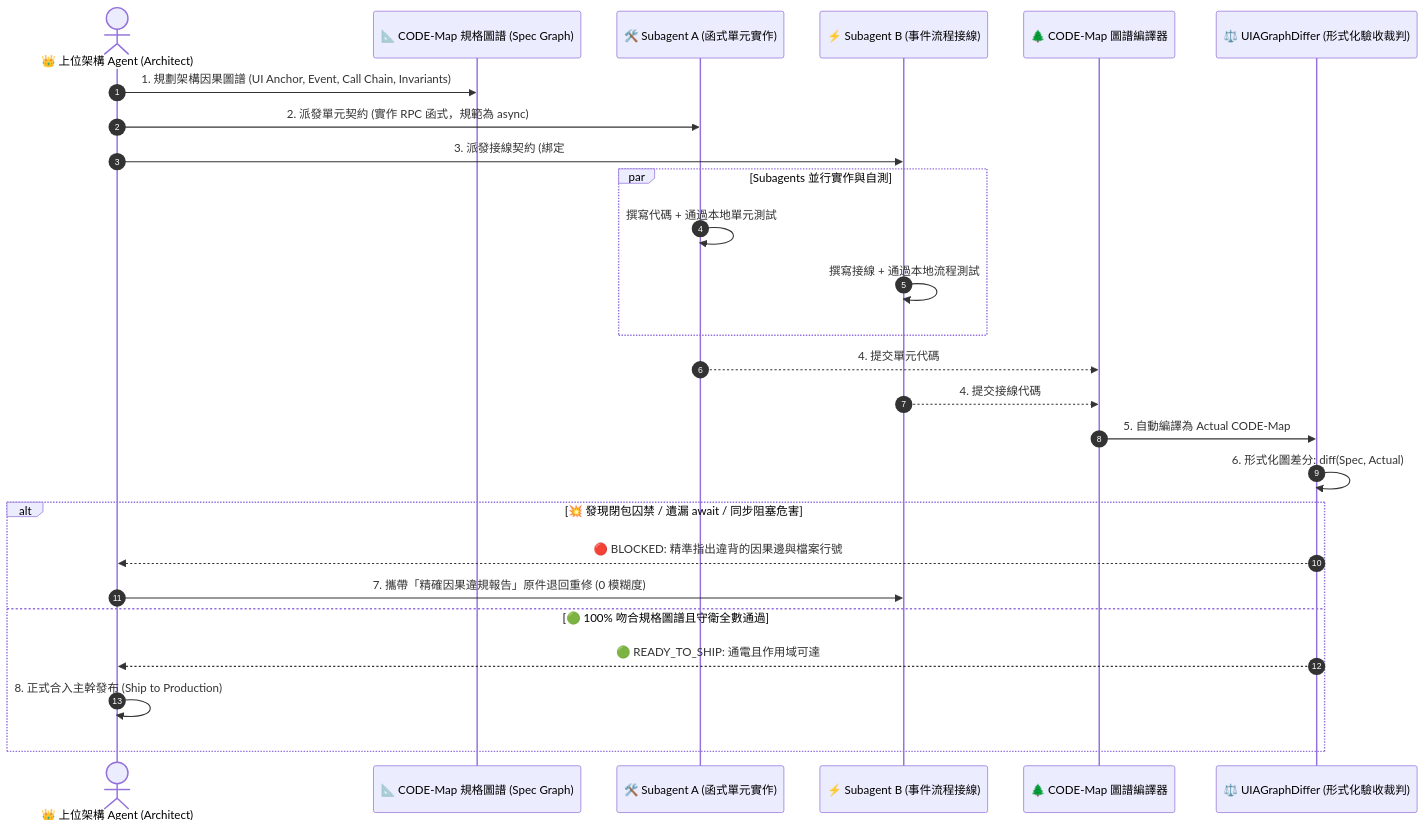
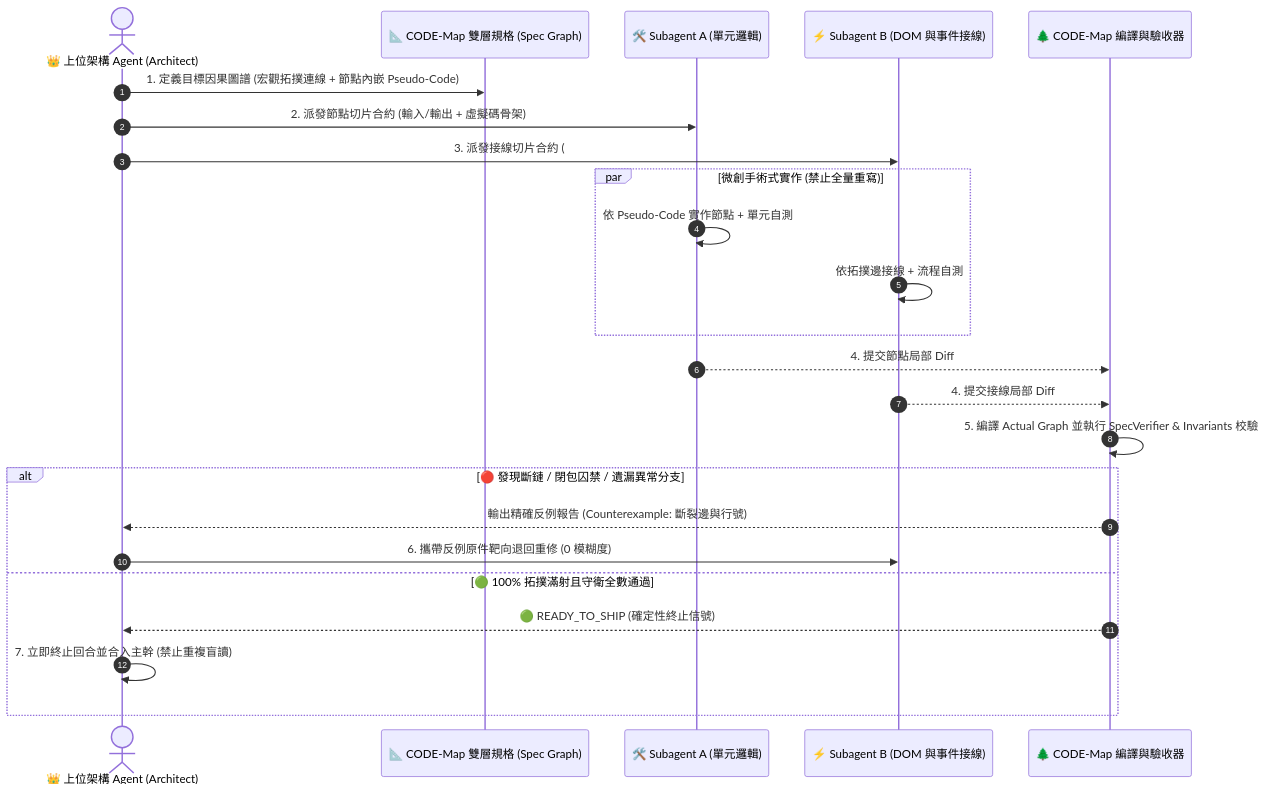
The second of 3 diagrams in README.md (arco651749/CODE-Map), drawn with Mermaid before and after one commit. The commit also changed other lines of this file, not shown here.

Commit message:
docs(readme): restructure README into 6 cohesive chapters, eliminate historical redundancy, and sync full architecture

````diff
--- a/README.md
+++ b/README.md
@@ -61,33 +71,31 @@
 ```mermaid
 sequenceDiagram
     autonumber
     actor Boss as 👑 上位架構 Agent (Architect)
-    participant Spec as 📐 CODE-Map 規格圖譜 (Spec Graph)
-    participant Worker1 as 🛠️ Subagent A (函式單元實作)
-    participant Worker2 as ⚡ Subagent B (事件流程接線)
-    participant Engine as 🌲 CODE-Map 圖譜編譯器
-    participant Differ as ⚖️ UIAGraphDiffer (形式化驗收裁判)
+    participant Spec as 📐 CODE-Map 雙層規格 (Spec Graph)
+    participant Worker1 as 🛠️ Subagent A (單元邏輯)
+    participant Worker2 as ⚡ Subagent B (DOM 與事件接線)
+    participant Engine as 🌲 CODE-Map 編譯與驗收器
 
-    Boss->>Spec: 1. 規劃架構因果圖譜 (UI Anchor, Event, Call Chain, Invariants)
-    Boss->>Worker1: 2. 派發單元契約 (實作 RPC 函式，規範為 async)
-    Boss->>Worker2: 3. 派發接線契約 (綁定 #btnDelete ➔ on('click') ➔ RPC)
+    Boss->>Spec: 1. 定義目標因果圖譜 (宏觀拓撲連線 + 節點內嵌 Pseudo-Code)
+    Boss->>Worker1: 2. 派發節點切片合約 (輸入/輸出 + 虛擬碼骨架)
+    Boss->>Worker2: 3. 派發接線切片合約 (#btn ➔ onClick ➔ Handler)
     
-    par Subagents 並行實作與自測
-        Worker1->>Worker1: 撰寫代碼 + 通過本地單元測試
-        Worker2->>Worker2: 撰寫接線 + 通過本地流程測試
+    par 微創手術式實作 (禁止全量重寫)
+        Worker1->>Worker1: 依 Pseudo-Code 實作節點 + 單元自測
+        Worker2->>Worker2: 依拓撲邊接線 + 流程自測
     end
 
-    Worker1-->>Engine: 4. 提交單元代碼
-    Worker2-->>Engine: 4. 提交接線代碼
+    Worker1-->>Engine: 4. 提交節點局部 Diff
+    Worker2-->>Engine: 4. 提交接線局部 Diff
     
-    Engine->>Differ: 5. 自動編譯為 Actual CODE-Map
-    Differ->>Differ: 6. 形式化圖差分: diff(Spec, Actual)
+    Engine->>Engine: 5. 編譯 Actual Graph 並執行 SpecVerifier & Invariants 校驗
     
-    alt 💥 發現閉包囚禁 / 遺漏 await / 同步阻塞危害
-        Differ-->>Boss: 🔴 BLOCKED: 精準指出違背的因果邊與檔案行號
-        Boss->>Worker2: 7. 攜帶「精確因果違規報告」原件退回重修 (0 模糊度)
-    else 🟢 100% 吻合規格圖譜且守衛全數通過
-        Differ-->>Boss: 🟢 READY_TO_SHIP: 通電且作用域可達
-        Boss->>Boss: 8. 正式合入主幹發布 (Ship to Production)
+    alt 🔴 發現斷鏈 / 閉包囚禁 / 遺漏異常分支
+        Engine-->>Boss: 輸出精確反例報告 (Counterexample: 斷裂邊與行號)
+        Boss->>Worker2: 6. 攜帶反例原件靶向退回重修 (0 模糊度)
+    else 🟢 100% 拓撲滿射且守衛全數通過
+        Engine-->>Boss: 🟢 READY_TO_SHIP (確定性終止信號)
+        Boss->>Boss: 7. 立即終止回合並合入主幹 (禁止重複盲讀)
     end
 ```
````
